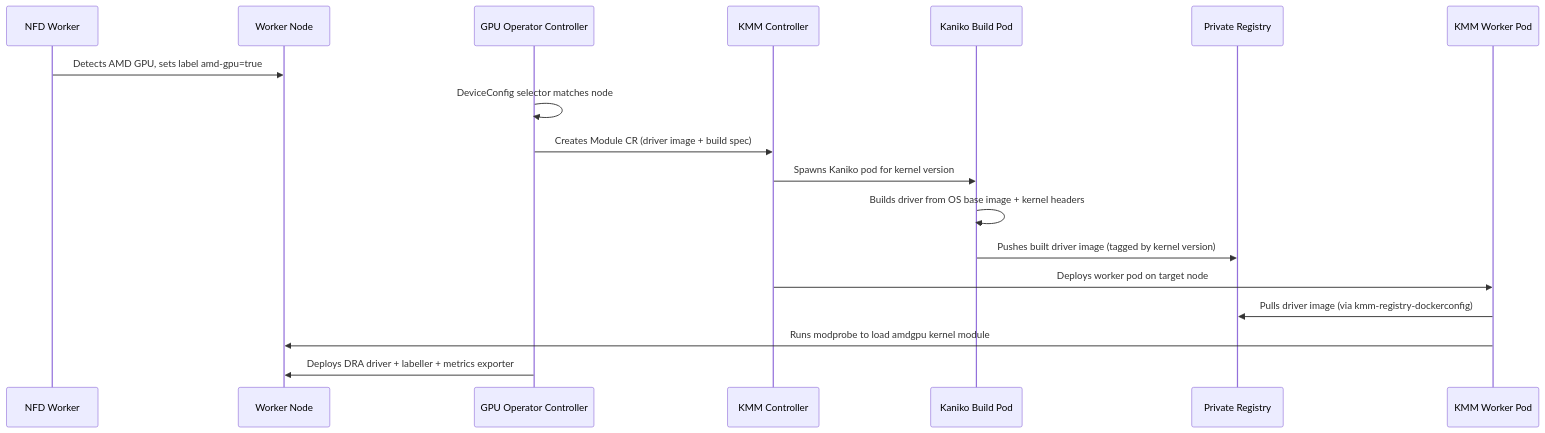
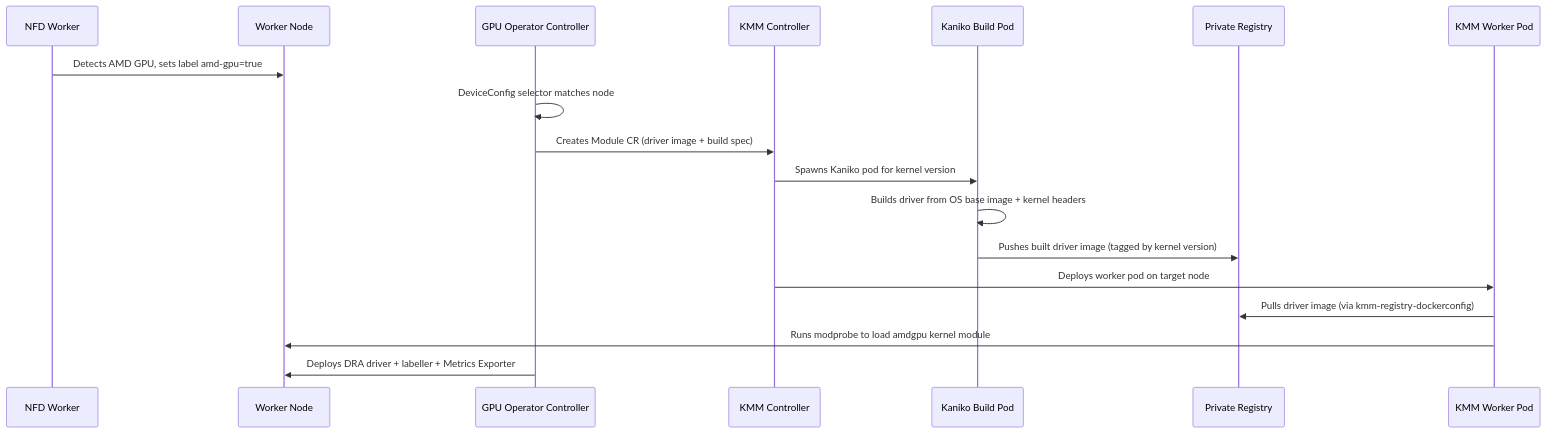
One commit to nutanix-cloud-native/nkp-ai-applications-catalog changed the second of 3 diagrams in applications/amd-gpu-operator/1.5.0/README.md. Above: the diagram before and after it, drawn with Mermaid. The commit also changed other lines of this file and 9 other files, not shown here.

Commit message:
fix: Disable Node Labeller by default and minor naming fixes.

````diff
--- a/applications/amd-gpu-operator/1.5.0/README.md
+++ b/applications/amd-gpu-operator/1.5.0/README.md
@@ -58,21 +58,21 @@
 ```mermaid
 sequenceDiagram
     participant NFD as NFD Worker
     participant Node as Worker Node
     participant Ctrl as GPU Operator Controller
     participant KMM as KMM Controller
     participant Kaniko as Kaniko Build Pod
     participant Reg as Private Registry
     participant Worker as KMM Worker Pod
 
     NFD->>Node: Detects AMD GPU, sets label amd-gpu=true
     Ctrl->>Ctrl: DeviceConfig selector matches node
     Ctrl->>KMM: Creates Module CR (driver image + build spec)
     KMM->>Kaniko: Spawns Kaniko pod for kernel version
     Kaniko->>Kaniko: Builds driver from OS base image + kernel headers
     Kaniko->>Reg: Pushes built driver image (tagged by kernel version)
     KMM->>Worker: Deploys worker pod on target node
     Worker->>Reg: Pulls driver image (via kmm-registry-dockerconfig)
     Worker->>Node: Runs modprobe to load amdgpu kernel module
-    Ctrl->>Node: Deploys DRA driver + labeller + metrics exporter
+    Ctrl->>Node: Deploys DRA driver + labeller + Metrics Exporter
 ```
````
